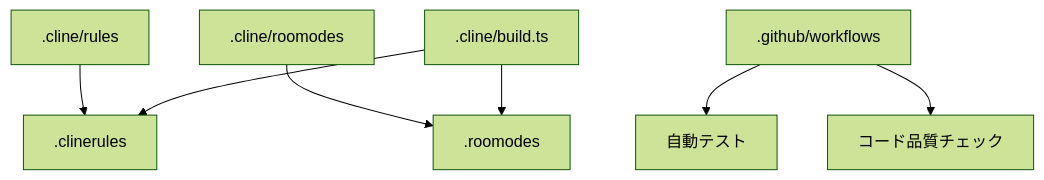
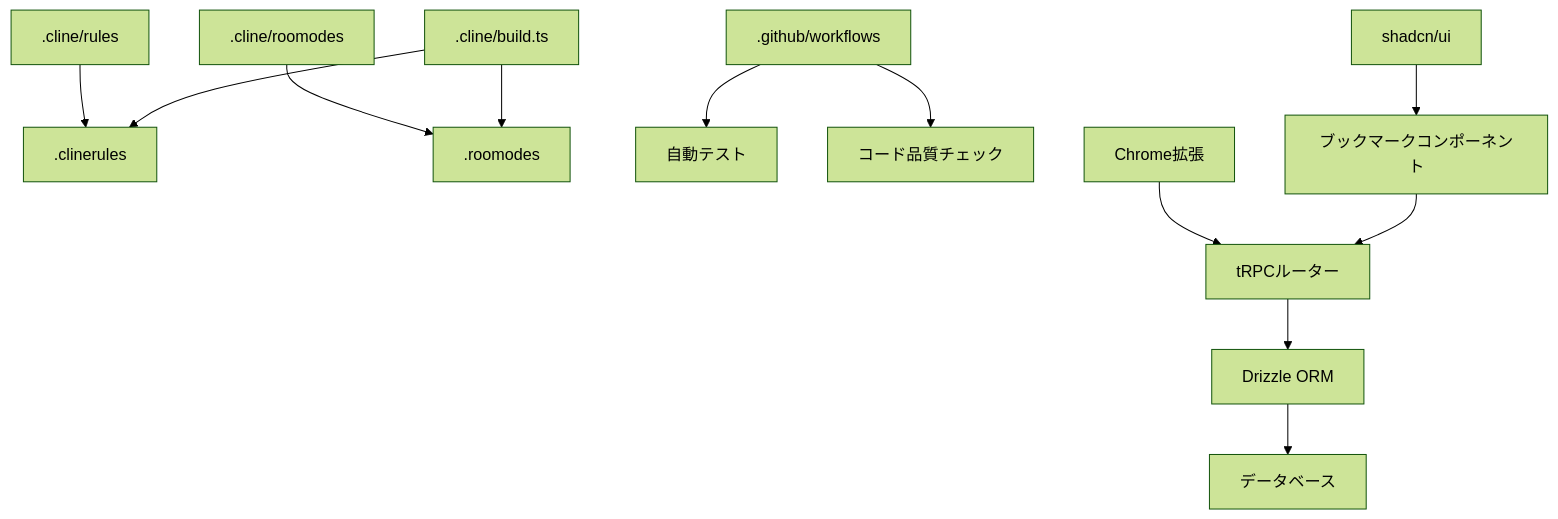
One commit to amano--/any changed the first of 2 diagrams in we-edit/.cline/memory/systemPatterns.md. Above: the diagram before and after it, drawn with Mermaid (forest theme). The commit also changed other lines of this file and 16 other files, not shown here.

````diff
--- a/we-edit/.cline/memory/systemPatterns.md
+++ b/we-edit/.cline/memory/systemPatterns.md
@@ -38,10 +66,21 @@
 ```mermaid
 graph TD
+    %% ビルドシステム
     A[.cline/rules] --> B[.clinerules]
     C[.cline/roomodes] --> D[.roomodes]
     E[.cline/build.ts] --> B
     E --> D
 
+    %% CI/CD
     O[.github/workflows] --> P[自動テスト]
     O --> Q[コード品質チェック]
+
+    %% ブックマーク機能
+    R[Chrome拡張] --> S[tRPCルーター]
+    T[ブックマークコンポーネント] --> S
+    S --> U[Drizzle ORM]
+    U --> V[データベース]
+
+    %% コンポーネント間の関係
+    W[shadcn/ui] --> T
 ```
````
